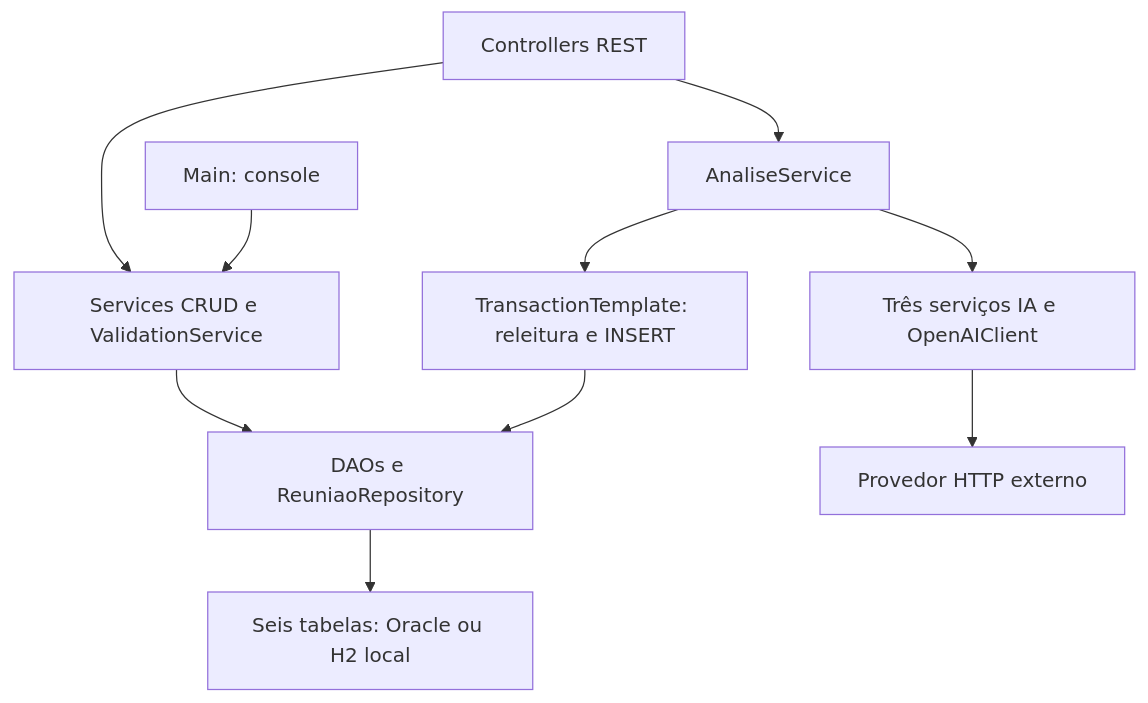
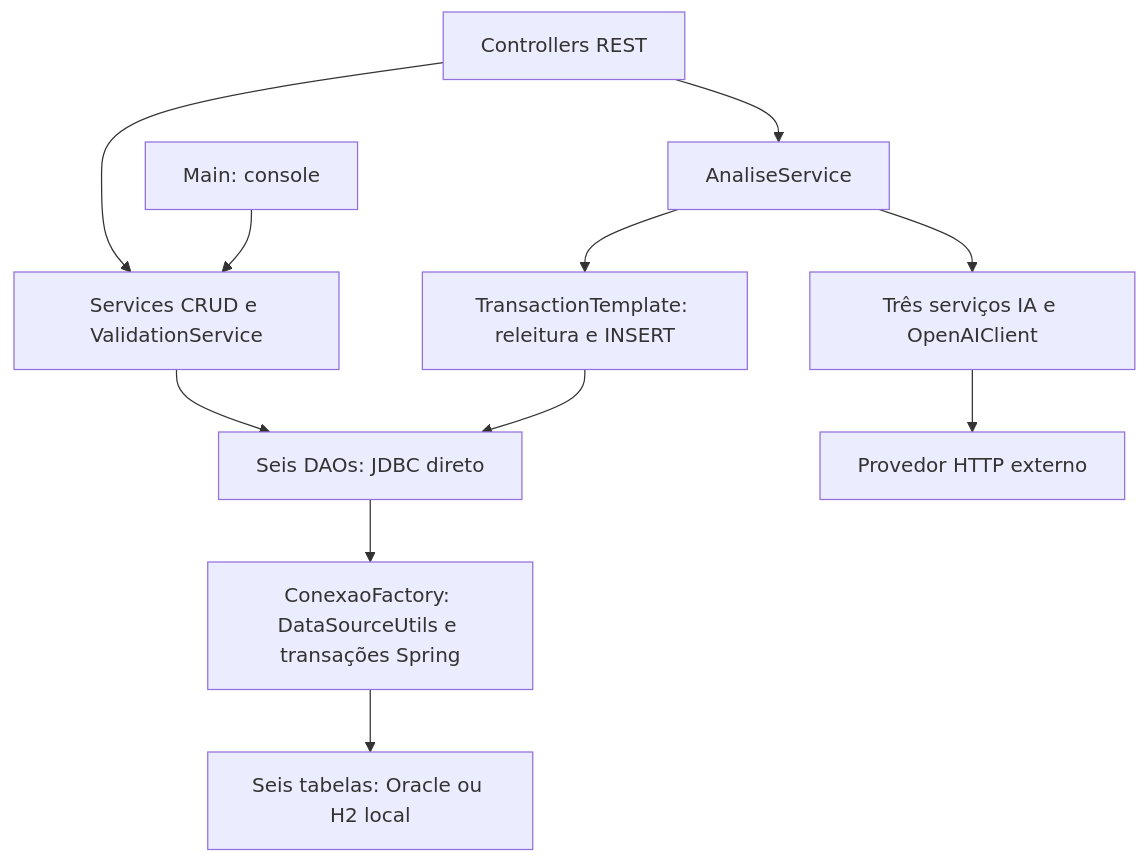
Before and after one commit to jovexdev/Backend_Java_Sprint4: the diagram in TOTVS-AdvisorMind/docs/diagramas/camadas.mmd, drawn with Mermaid. The commit also changed 31 other files, not shown here.

Commit message:
refactor: alinhar backend a JDBC direto com transações Spring

```diff
--- a/TOTVS-AdvisorMind/docs/diagramas/camadas.mmd
+++ b/TOTVS-AdvisorMind/docs/diagramas/camadas.mmd
@@ -1,10 +1,11 @@
 flowchart TD
  C["Controllers REST"] --> S["Services CRUD e ValidationService"]
  M["Main: console"] --> S
- S --> D["DAOs e ReuniaoRepository"]
- D --> DB["Seis tabelas: Oracle ou H2 local"]
+ S --> D["Seis DAOs: JDBC direto"]
+ D --> F["ConexaoFactory: DataSourceUtils e transações Spring"]
+ F --> DB["Seis tabelas: Oracle ou H2 local"]
  C --> A["AnaliseService"]
  A --> I["Três serviços IA e OpenAIClient"]
  I --> P["Provedor HTTP externo"]
  A --> T["TransactionTemplate: releitura e INSERT"]
  T --> D
```
